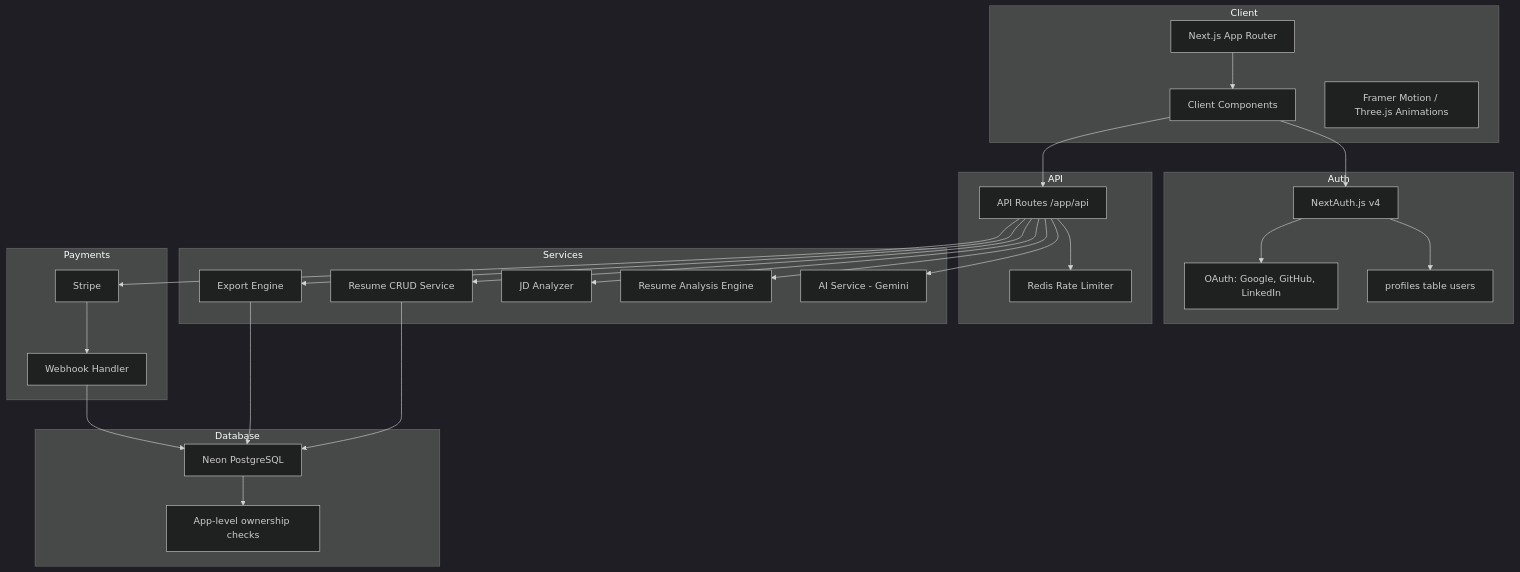
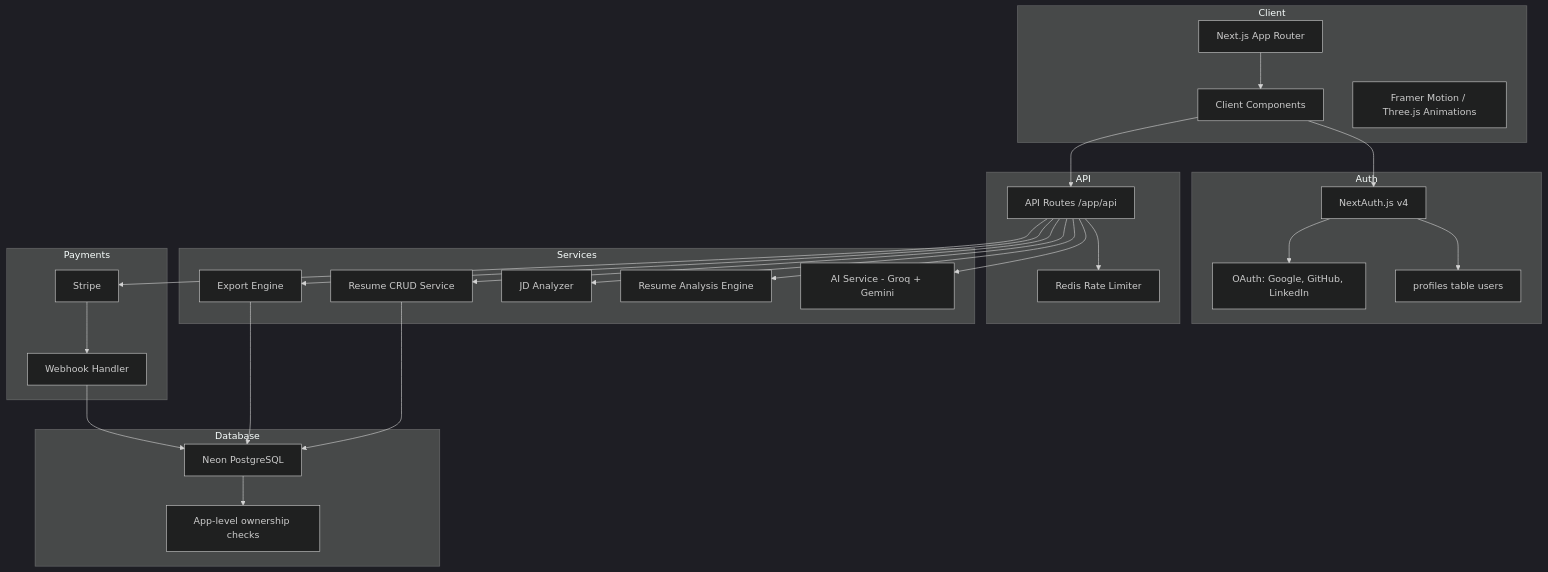
Before and after one commit to Khushi-agarwal1401/AI-Resume-Builder-and-Analyzer: the diagram in README.md, drawn with Mermaid (dark theme). The commit also changed other lines of this file and 30 other files, not shown here.

````diff
--- a/README.md
+++ b/README.md
@@ -127,55 +127,55 @@
 ```mermaid
 graph TB
     subgraph Client
         A[Next.js App Router]
         B[Client Components]
         C[Framer Motion / Three.js Animations]
     end
 
     subgraph Auth
         D[NextAuth.js v4]
         E[profiles table users]
         F[OAuth: Google, GitHub, LinkedIn]
     end
 
     subgraph API
         G[API Routes /app/api]
         H[Redis Rate Limiter]
     end
 
     subgraph Services
-        I[AI Service - Gemini]
+        I[AI Service - Groq + Gemini]
         J[Resume Analysis Engine]
         K[JD Analyzer]
         L[Resume CRUD Service]
         M[Export Engine]
     end
 
     subgraph Database
         N[Neon PostgreSQL]
         O[App-level ownership checks]
     end
 
     subgraph Payments
         P[Stripe]
         Q[Webhook Handler]
     end
 
     A --> B
     B --> D
     D --> E
     D --> F
     B --> G
     G --> H
     G --> I
     G --> J
     G --> K
     G --> L
     G --> M
     L --> N
     M --> N
     N --> O
     G --> P
     P --> Q
     Q --> N
 ```
````
